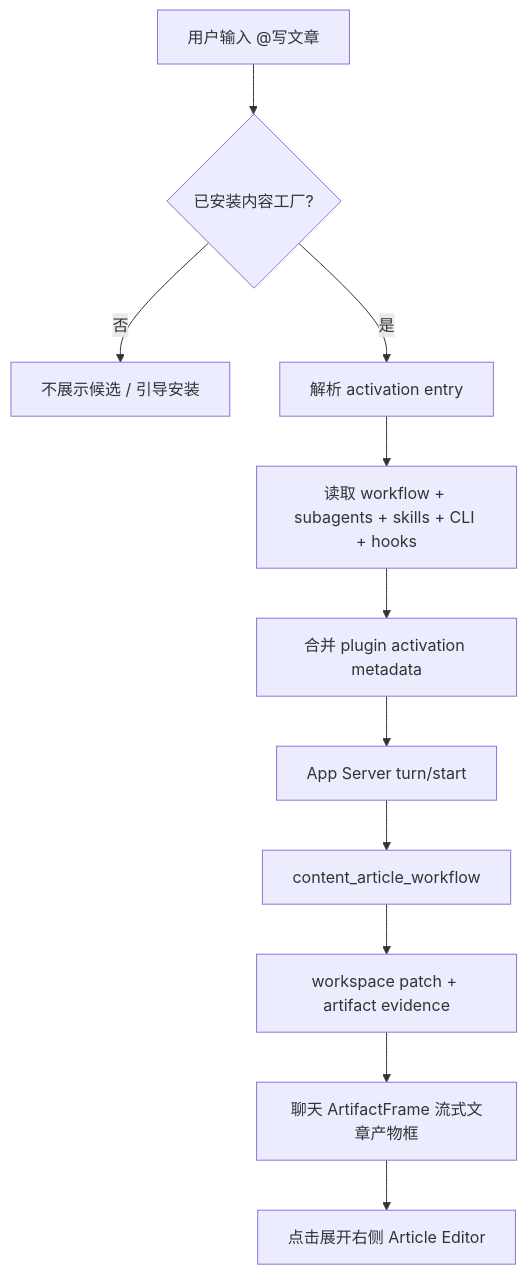
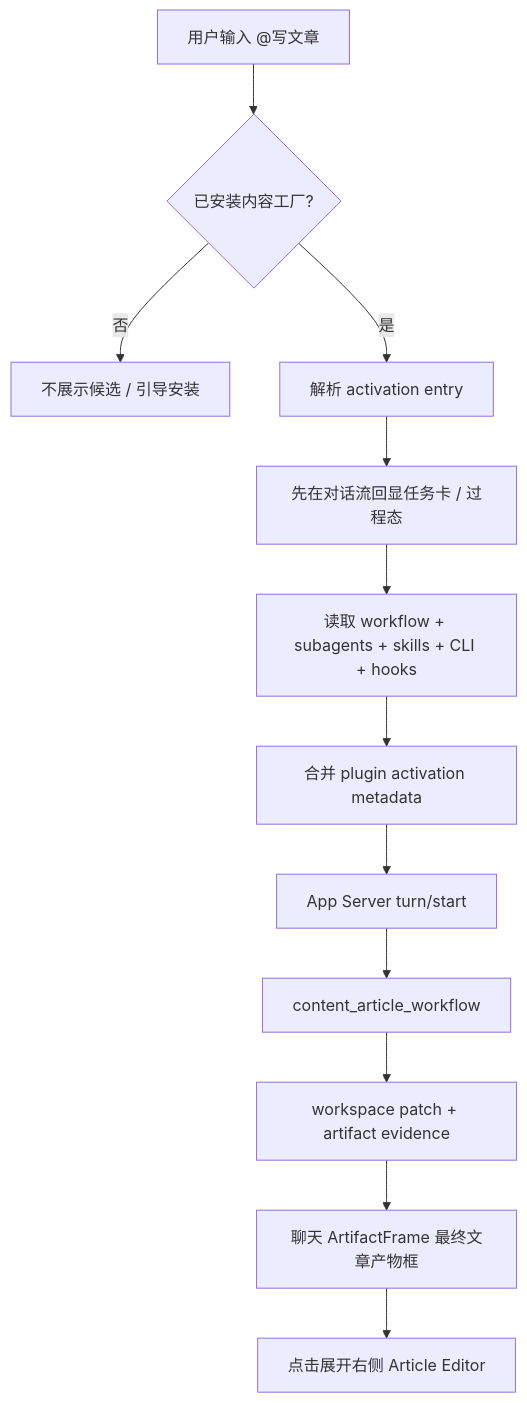
The second of 2 diagrams in internal/roadmap/Writing/architecture.md (jiujuan/lime), drawn with Mermaid before and after one commit. The commit also changed other lines of this file and 230 other files, not shown here.

````diff
--- a/internal/roadmap/Writing/architecture.md
+++ b/internal/roadmap/Writing/architecture.md
@@ -178,13 +181,14 @@
 ```mermaid
 flowchart TD
   A[用户输入 @写文章] --> B{已安装内容工厂?}
   B -- 否 --> C[不展示候选 / 引导安装]
   B -- 是 --> D[解析 activation entry]
-  D --> E[读取 workflow + subagents + skills + CLI + hooks]
-  E --> F[合并 plugin activation metadata]
-  F --> G[App Server turn/start]
-  G --> H[content_article_workflow]
-  H --> I[workspace patch + artifact evidence]
-  I --> J[聊天 ArtifactFrame 流式文章产物框]
-  J --> K[点击展开右侧 Article Editor]
+  D --> E[先在对话流回显任务卡 / 过程态]
+  E --> F[读取 workflow + subagents + skills + CLI + hooks]
+  F --> G[合并 plugin activation metadata]
+  G --> H[App Server turn/start]
+  H --> I[content_article_workflow]
+  I --> J[workspace patch + artifact evidence]
+  J --> K[聊天 ArtifactFrame 最终文章产物框]
+  K --> L[点击展开右侧 Article Editor]
 ```
````
